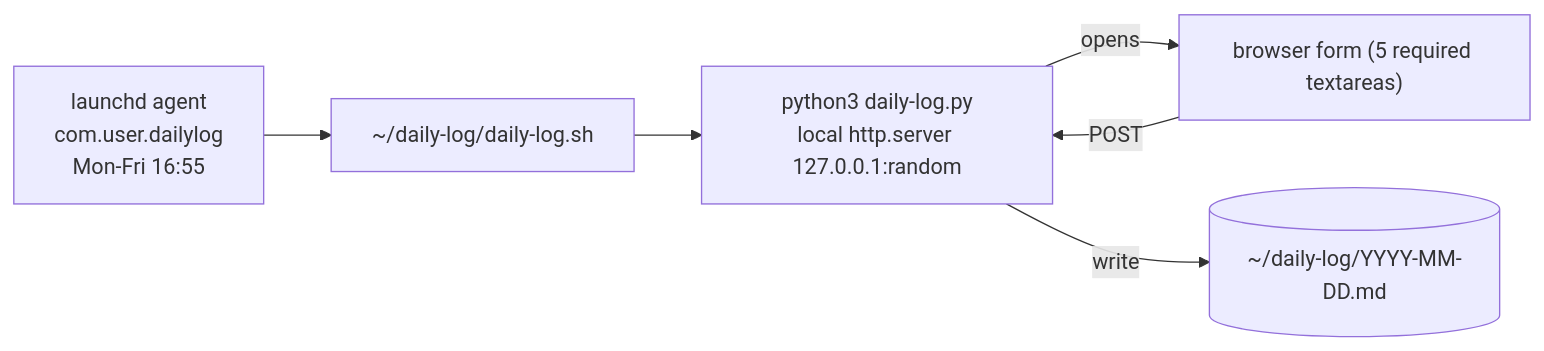
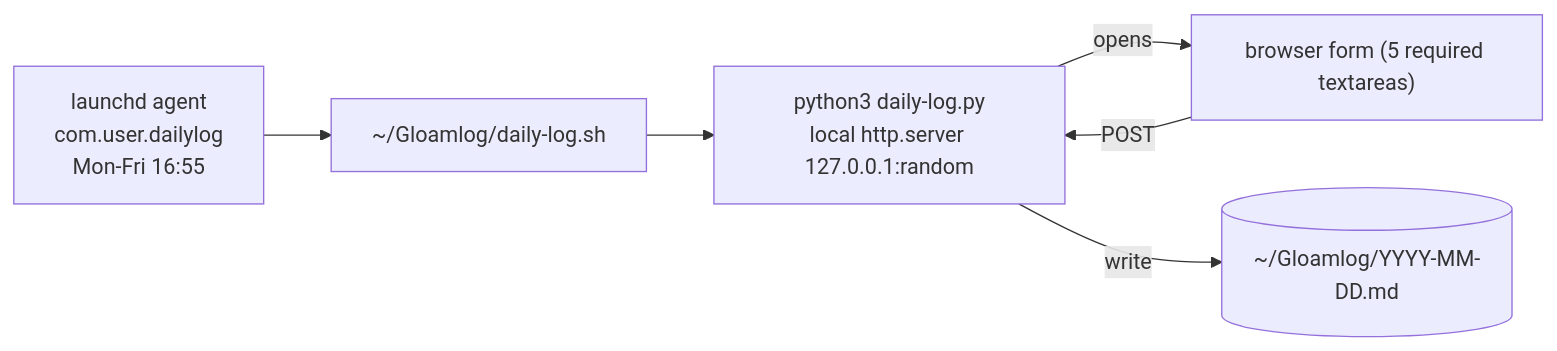
Before and after one commit to dasariprashant0/daily-log: the second of 2 diagrams in docs/ARCHITECTURE.md, drawn with Mermaid. The commit also changed other lines of this file and 15 other files, not shown here.

````diff
--- a/docs/ARCHITECTURE.md
+++ b/docs/ARCHITECTURE.md
@@ -67,8 +67,8 @@
 ```mermaid
 flowchart LR
-    LD["launchd agent\ncom.user.dailylog\nMon-Fri 16:55"] --> SH["~/daily-log/daily-log.sh"]
+    LD["launchd agent\ncom.user.dailylog\nMon-Fri 16:55"] --> SH["~/Gloamlog/daily-log.sh"]
     SH --> PY["python3 daily-log.py\nlocal http.server 127.0.0.1:random"]
     PY -->|opens| BR["browser form (5 required textareas)"]
     BR -->|POST| PY
-    PY -->|write| FS[("~/daily-log/YYYY-MM-DD.md")]
+    PY -->|write| FS[("~/Gloamlog/YYYY-MM-DD.md")]
 ```
````
